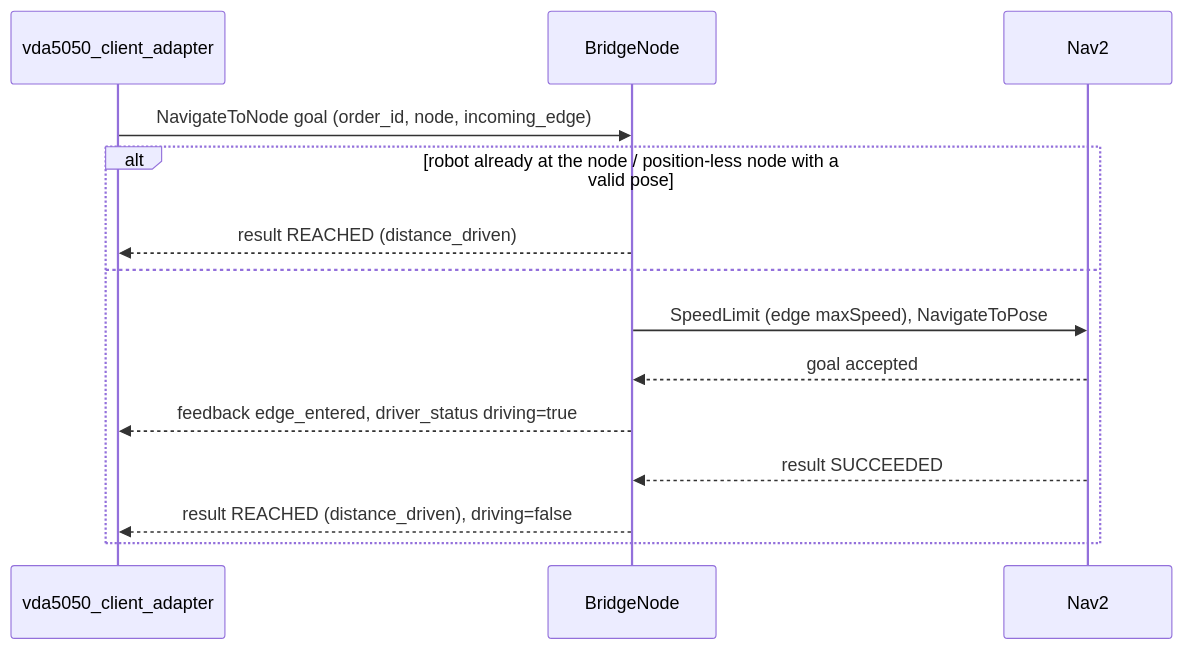
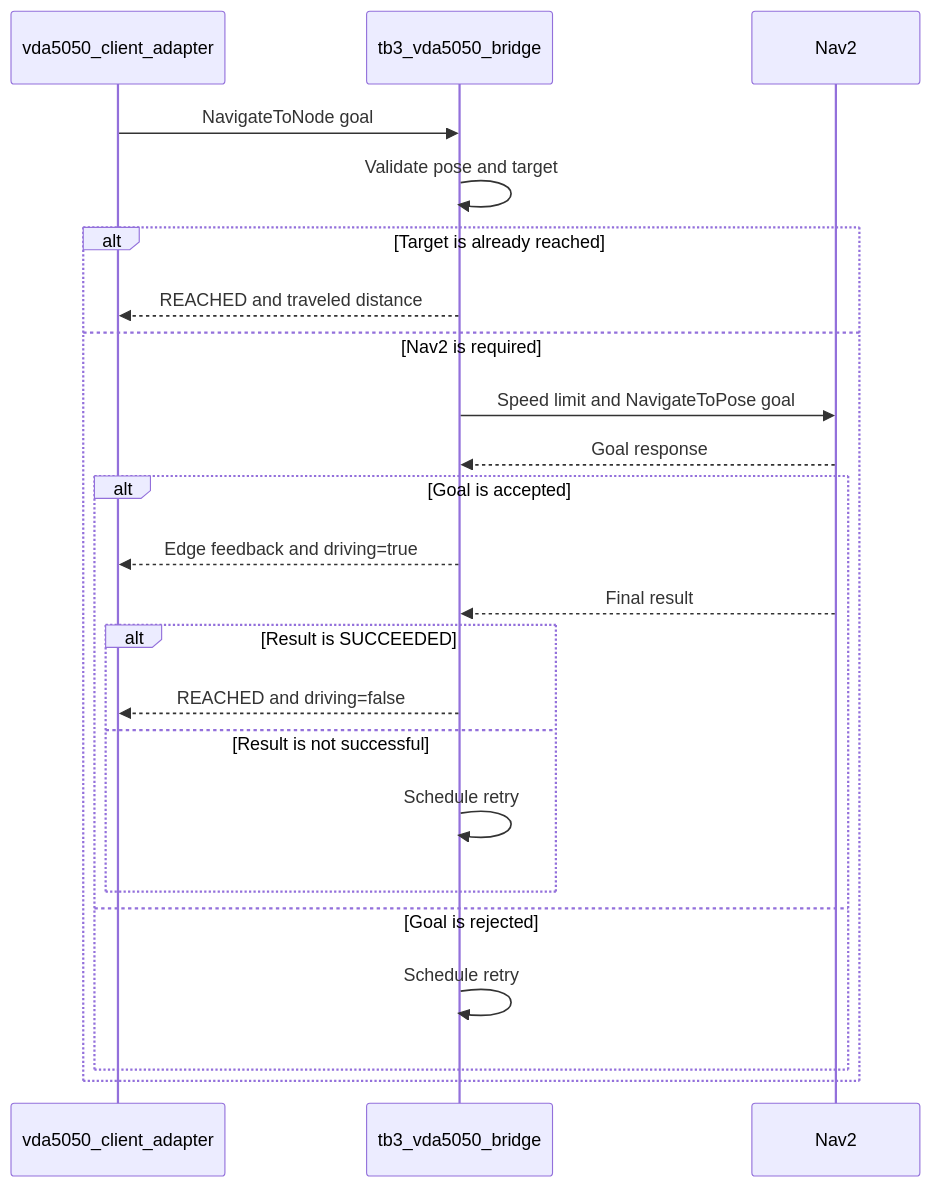
Before and after one commit to NhatTran-97/eiu-vda5050-support-open-rmf: the second of 2 diagrams in tb3_vda5050_bridge/docs/architecture.md, drawn with Mermaid. The commit also changed other lines of this file and 10 other files, not shown here.

First line of the commit message:
feat(tb3_vda5050_bridge): add charging support and update documentation

````diff
--- a/tb3_vda5050_bridge/docs/architecture.md
+++ b/tb3_vda5050_bridge/docs/architecture.md
@@ -47,17 +38,26 @@
 ```mermaid
 sequenceDiagram
     participant Adapter as vda5050_client_adapter
-    participant Bridge as BridgeNode
+    participant Bridge as tb3_vda5050_bridge
     participant Nav2
 
-    Adapter->>Bridge: NavigateToNode goal (order_id, node, incoming_edge)
-    alt robot already at the node / position-less node with a valid pose
-        Bridge-->>Adapter: result REACHED (distance_driven)
-    else
-        Bridge->>Nav2: SpeedLimit (edge maxSpeed), NavigateToPose
-        Nav2-->>Bridge: goal accepted
-        Bridge-->>Adapter: feedback edge_entered, driver_status driving=true
-        Nav2-->>Bridge: result SUCCEEDED
-        Bridge-->>Adapter: result REACHED (distance_driven), driving=false
+    Adapter->>Bridge: NavigateToNode goal
+    Bridge->>Bridge: Validate pose and target
+    alt Target is already reached
+        Bridge-->>Adapter: REACHED and traveled distance
+    else Nav2 is required
+        Bridge->>Nav2: Speed limit and NavigateToPose goal
+        Nav2-->>Bridge: Goal response
+        alt Goal is accepted
+            Bridge-->>Adapter: Edge feedback and driving=true
+            Nav2-->>Bridge: Final result
+            alt Result is SUCCEEDED
+                Bridge-->>Adapter: REACHED and driving=false
+            else Result is not successful
+                Bridge->>Bridge: Schedule retry
+            end
+        else Goal is rejected
+            Bridge->>Bridge: Schedule retry
+        end
     end
 ```
````
